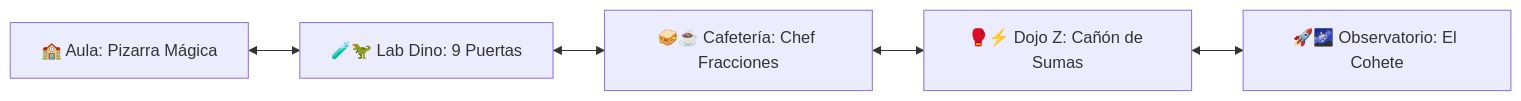
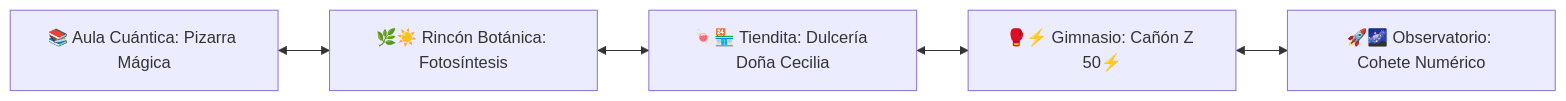
One commit to coloapp/Juegos_Escolares changed the diagram in README.md. Above: the diagram before and after it, drawn with Mermaid. The commit also changed other lines of this file and 4 other files, not shown here.

````diff
--- a/README.md
+++ b/README.md
@@ -17,4 +19,4 @@
 ```mermaid
 graph LR
-    R1[🏫 Aula: Pizarra Mágica] <--> R2[🧪🦖 Lab Dino: 9 Puertas] <--> R3[🥪☕ Cafetería: Chef Fracciones] <--> R4[🥊⚡ Dojo Z: Cañón de Sumas] <--> R5[🚀🌌 Observatorio: El Cohete]
+    R1[📚 Aula Cuántica: Pizarra Mágica] <--> R2[🌿☀️ Rincón Botánica: Fotosíntesis] <--> R3[🍬🏪 Tiendita: Dulcería Doña Cecilia] <--> R4[🥊⚡ Gimnasio: Cañón Z 50⚡] <--> R5[🚀🌌 Observatorio: Cohete Numérico]
 ```
````
